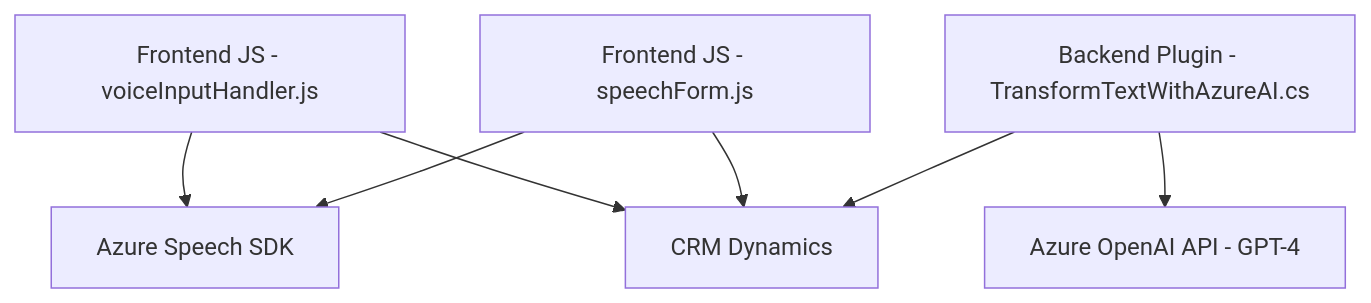
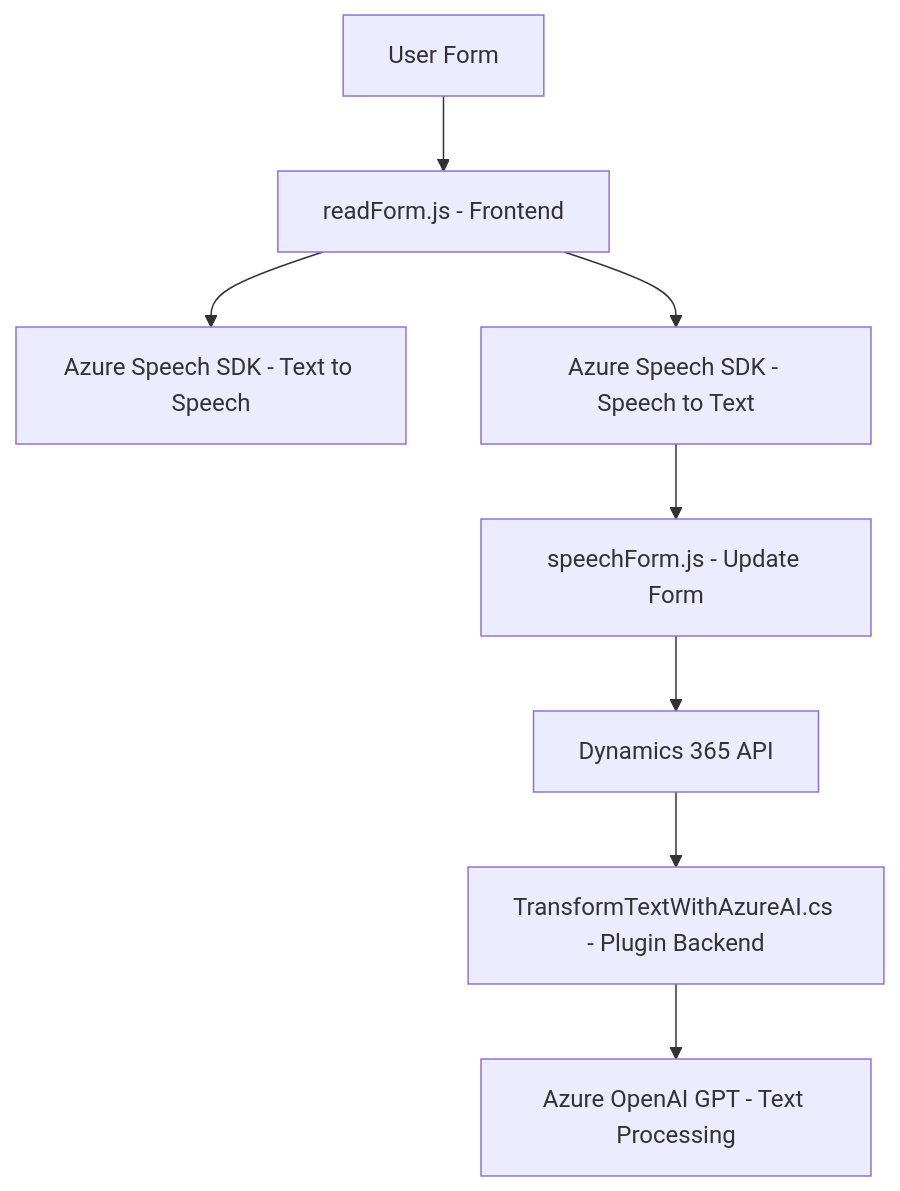
The diagram in README.md (blopezdm/NETCORE_BILBAO2025), drawn with Mermaid before and after one commit. The commit also changed other lines of this file, not shown here.

````diff
--- a/README.md
+++ b/README.md
@@ -56,16 +46,12 @@
 ```mermaid
 graph TD
-    A["Frontend JS - voiceInputHandler.js"]
-    B["Frontend JS - speechForm.js"]
-    C["Backend Plugin - TransformTextWithAzureAI.cs"]
-    D["CRM Dynamics"]
-    E["Azure OpenAI API - GPT-4"]
-    F["Azure Speech SDK"]
+A["User Form"] --> B["readForm.js - Frontend"]
+B --> C["Azure Speech SDK - Text to Speech"]
+B --> D["Azure Speech SDK - Speech to Text"]
 
-    A --> F
-    A --> D
-    B --> F
-    B --> D
-    C --> E
-    C --> D
+D --> E["speechForm.js - Update Form"]
+E --> F["Dynamics 365 API"]
+
+F --> G["TransformTextWithAzureAI.cs - Plugin Backend"]
+G --> H["Azure OpenAI GPT - Text Processing"]
 ```
````
